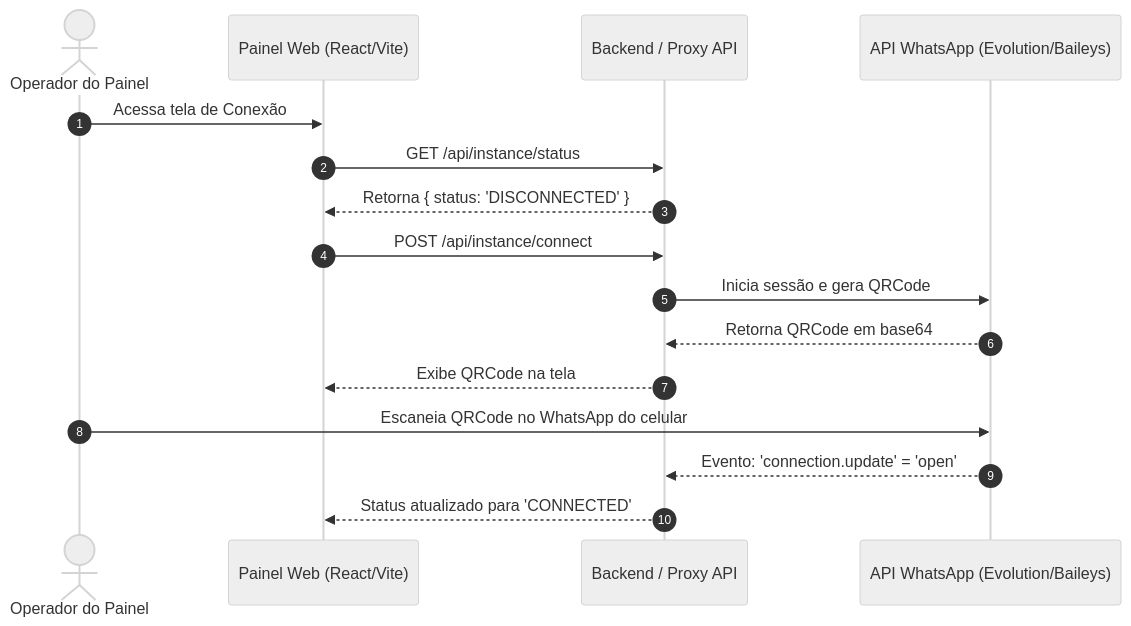
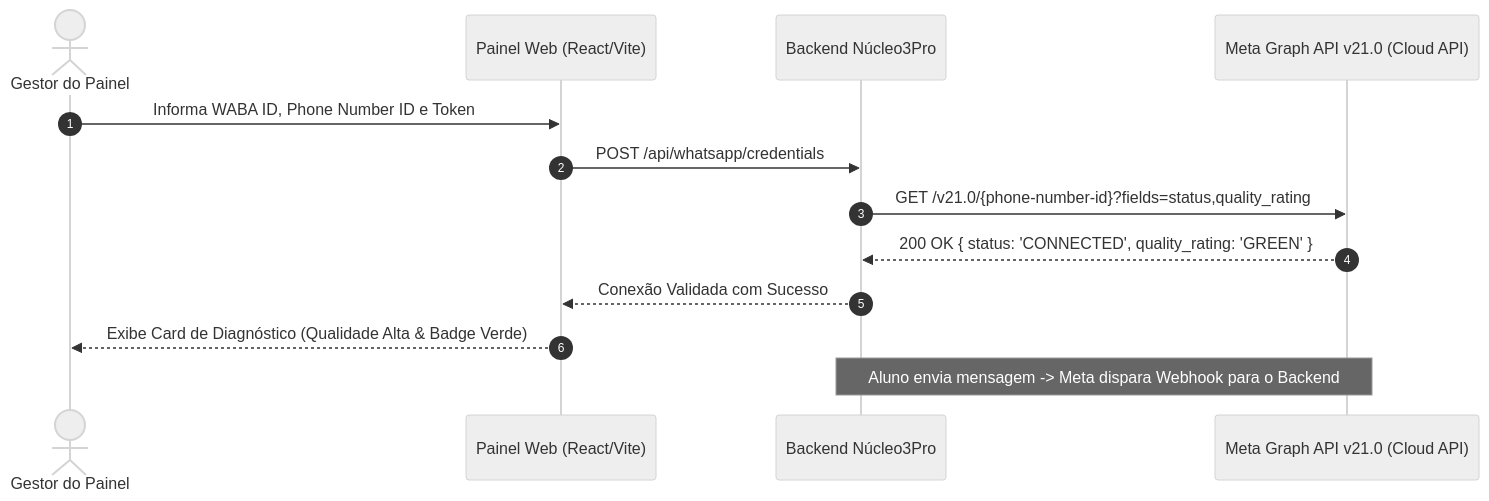
One commit to GabrielRATFS/Nucleo3Pro-Curso-BFD changed the diagram in docs/iniciativas/INIT-001-conexao-pareamento-whatsapp/spec.md. Above: the diagram before and after it, drawn with Mermaid (neutral theme). The commit also changed other lines of this file and 9 other files, not shown here.

First line of the commit message:
refactor(INIT-001): migrar integracao para whatsapp business cloud api oficial da meta

````diff
--- a/docs/iniciativas/INIT-001-conexao-pareamento-whatsapp/spec.md
+++ b/docs/iniciativas/INIT-001-conexao-pareamento-whatsapp/spec.md
@@ -59,19 +63,16 @@
 ```mermaid
 sequenceDiagram
     autonumber
-    actor Operador as Operador do Painel
+    actor Gestor as Gestor do Painel
     participant Painel as Painel Web (React/Vite)
-    participant Backend as Backend / Proxy API
-    participant WA as API WhatsApp (Evolution/Baileys)
+    participant Backend as Backend Núcleo3Pro
+    participant Meta as Meta Graph API v21.0 (Cloud API)
 
-    Operador->>Painel: Acessa tela de Conexão
-    Painel->>Backend: GET /api/instance/status
-    Backend-->>Painel: Retorna { status: 'DISCONNECTED' }
-    Painel->>Backend: POST /api/instance/connect
-    Backend->>WA: Inicia sessão e gera QRCode
-    WA-->>Backend: Retorna QRCode em base64
-    Backend-->>Painel: Exibe QRCode na tela
-    Operador->>WA: Escaneia QRCode no WhatsApp do celular
-    WA-->>Backend: Evento: 'connection.update' = 'open'
-    Backend-->>Painel: Status atualizado para 'CONNECTED'
+    Gestor->>Painel: Informa WABA ID, Phone Number ID e Token
+    Painel->>Backend: POST /api/whatsapp/credentials
+    Backend->>Meta: GET /v21.0/{phone-number-id}?fields=status,quality_rating
+    Meta-->>Backend: 200 OK { status: 'CONNECTED', quality_rating: 'GREEN' }
+    Backend-->>Painel: Conexão Validada com Sucesso
+    Painel-->>Gestor: Exibe Card de Diagnóstico (Qualidade Alta & Badge Verde)
+    Note over Backend,Meta: Aluno envia mensagem -> Meta dispara Webhook para o Backend
 ```
````
